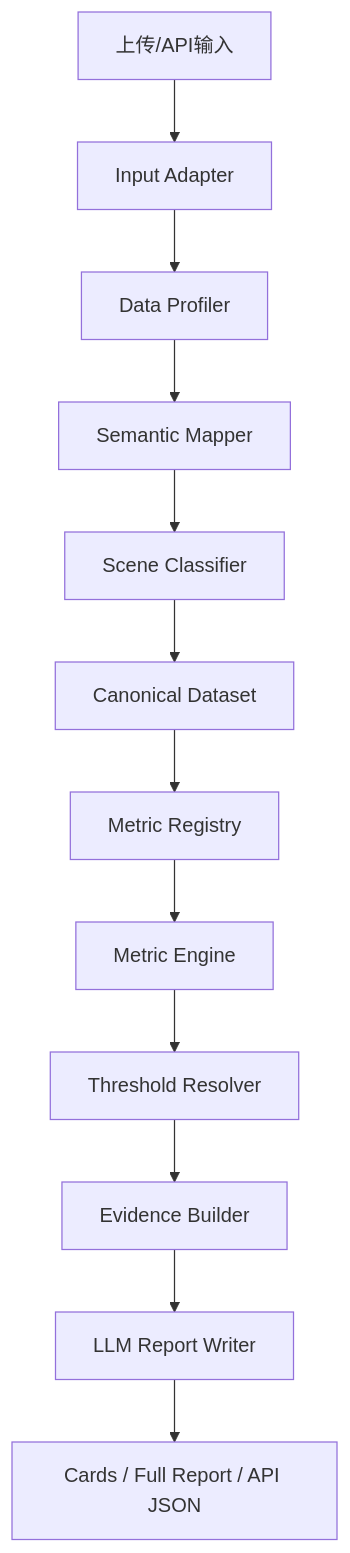
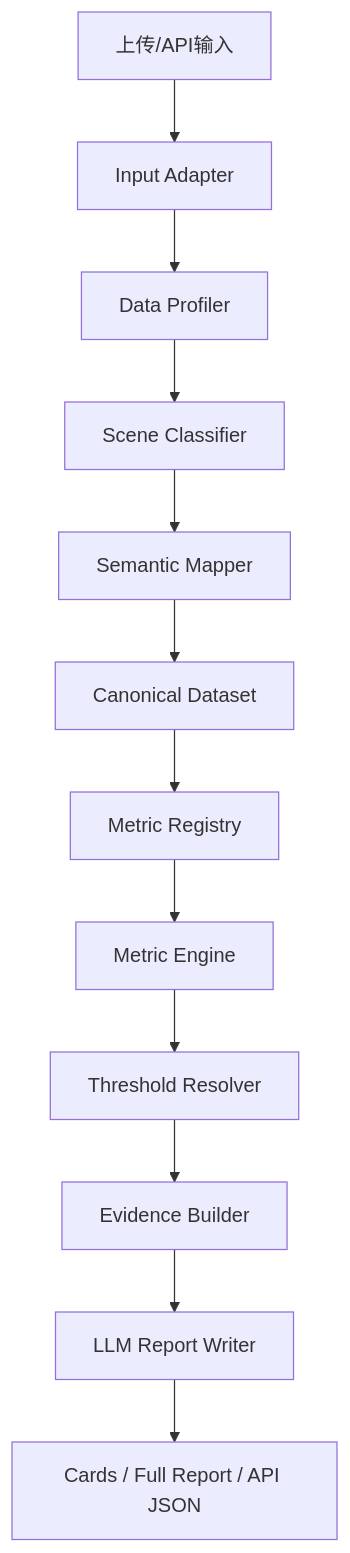
Before and after one commit to FuLuTang/AI-Store-Analysis-System: the first of 3 diagrams in docs/开发文档.md, drawn with Mermaid. The commit also changed other lines of this file and 26 other files, not shown here.

````diff
--- a/docs/开发文档.md
+++ b/docs/开发文档.md
@@ -9,14 +11,14 @@
 ```mermaid
 flowchart TD
     A[上传/API输入] --> B[Input Adapter]
     B --> C[Data Profiler]
-    C --> D[Semantic Mapper]
-    D --> E[Scene Classifier]
+    C --> D[Scene Classifier]
+    D --> E[Semantic Mapper]
     E --> F[Canonical Dataset]
     F --> G[Metric Registry]
     G --> H[Metric Engine]
     H --> I[Threshold Resolver]
     I --> J[Evidence Builder]
     J --> K[LLM Report Writer]
     K --> L[Cards / Full Report / API JSON]
 ```
````
